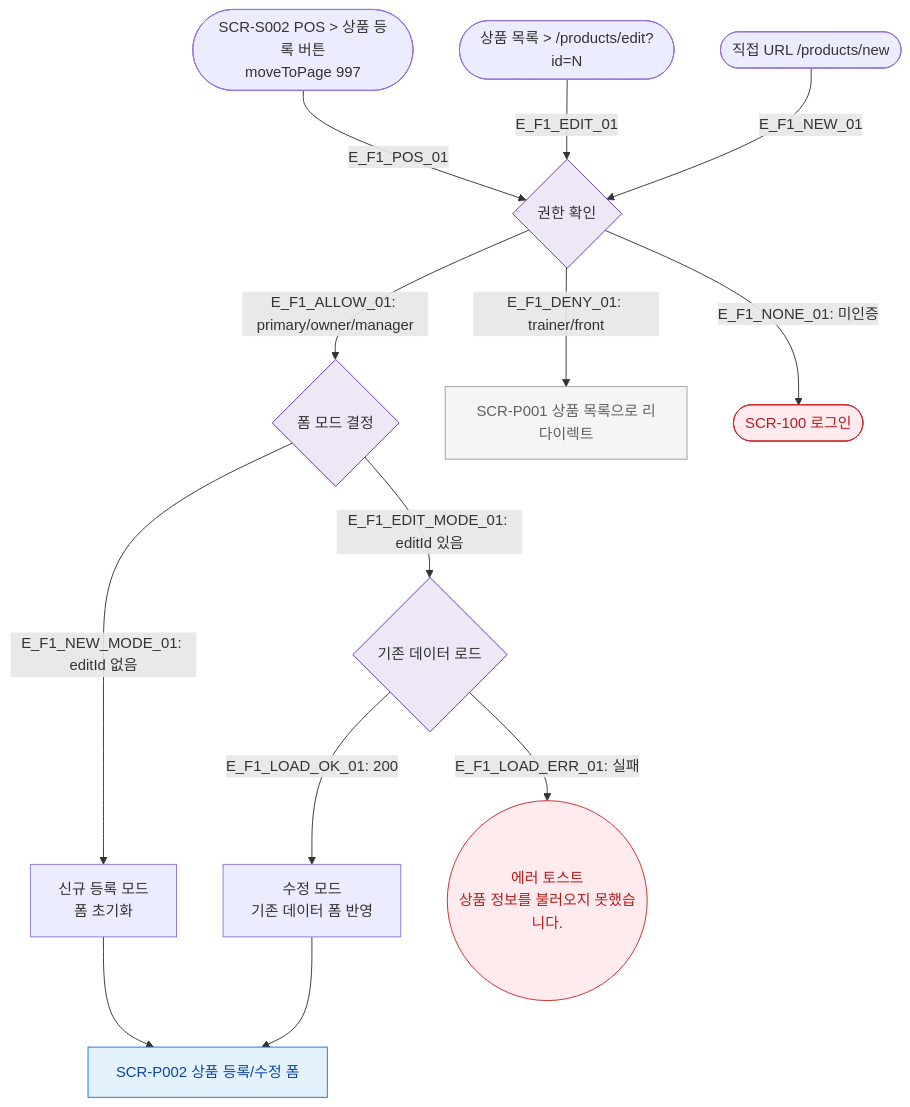
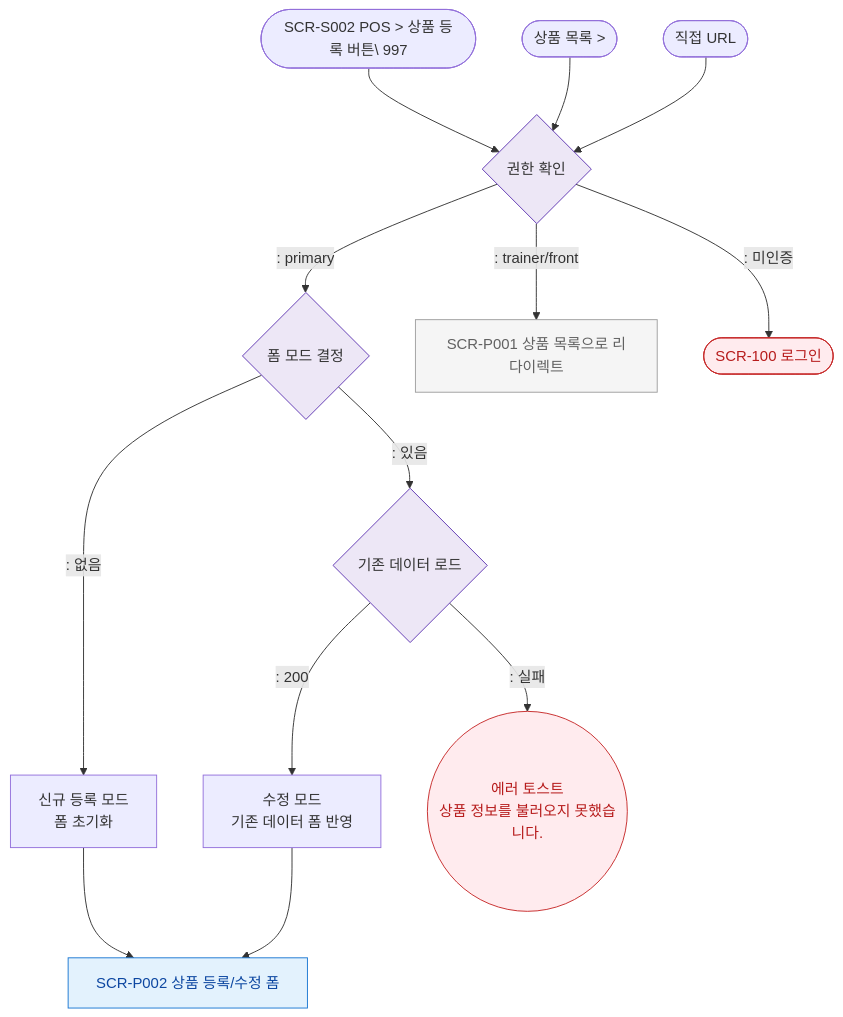
One commit to dev-spogym/admin-pando changed the diagram in docs/다이어그램/D05_상품관리/SCR-P002_상품등록수정_레거시/F1_진입.md. Above: the diagram before and after it, drawn with Mermaid. The commit also changed other lines of this file and 1660 other files, not shown here.

First line of the commit message:
다이어그램: 기획자/클라이언트 납품본으로 정리

````diff
--- a/docs/다이어그램/D05_상품관리/SCR-P002_상품등록수정_레거시/F1_진입.md
+++ b/docs/다이어그램/D05_상품관리/SCR-P002_상품등록수정_레거시/F1_진입.md
@@ -19,28 +17,28 @@
 ```mermaid
 flowchart TD
-    POS([SCR-S002 POS > 상품 등록 버튼\nmoveToPage 997]) -->|E_F1_POS_01| Auth{권한 확인}
-    EDIT([상품 목록 > /products/edit?id=N]) -->|E_F1_EDIT_01| Auth
-    NEW([직접 URL /products/new]) -->|E_F1_NEW_01| Auth
+    POS([SCR-S002 POS > 상품 등록 버튼\ 997]) --> Auth{권한 확인}
+    EDIT([상품 목록 >]) --> Auth
+    NEW([직접 URL]) --> Auth
 
-    Auth -->|"E_F1_ALLOW_01: primary/owner/manager"| LoadForm{폼 모드 결정}
-    Auth -->|"E_F1_DENY_01: trainer/front"| Redirect[SCR-P001 상품 목록으로 리다이렉트]
-    Auth -->|"E_F1_NONE_01: 미인증"| Login([SCR-100 로그인])
+    Auth -->|": primary"|LoadForm{폼 모드 결정}
+    Auth -->|": trainer/front"|Redirect[SCR-P001 상품 목록으로 리다이렉트]
+    Auth -->|": 미인증"|Login([SCR-100 로그인])
 
-    LoadForm -->|"E_F1_NEW_MODE_01: editId 없음"| NewMode[신규 등록 모드\n폼 초기화]
-    LoadForm -->|"E_F1_EDIT_MODE_01: editId 있음"| LoadData{기존 데이터 로드}
+    LoadForm -->|": 없음"|NewMode[신규 등록 모드\n폼 초기화]
+    LoadForm -->|": 있음"|LoadData{기존 데이터 로드}
 
-    LoadData -->|"E_F1_LOAD_OK_01: 200"| EditMode[수정 모드\n기존 데이터 폼 반영]
-    LoadData -->|"E_F1_LOAD_ERR_01: 실패"| ErrToast((에러 토스트\n상품 정보를 불러오지 못했습니다.))
+    LoadData -->|": 200"|EditMode[수정 모드\n기존 데이터 폼 반영]
+    LoadData -->|": 실패"|ErrToast((에러 토스트\n상품 정보를 불러오지 못했습니다.))
 
     NewMode --> SCR_P002[SCR-P002 상품 등록/수정 폼]
     EditMode --> SCR_P002
 
     classDef screen fill:#E3F2FD,stroke:#1976D2,color:#0D47A1
     classDef error fill:#FFEBEE,stroke:#C62828,color:#B71C1C
     classDef system fill:#EDE7F6,stroke:#5E35B2
     classDef rbacBlocked fill:#F5F5F5,stroke:#9E9E9E,color:#616161
     class SCR_P002 screen
     class ErrToast,Login error
     class Redirect rbacBlocked
     class Auth,LoadForm,LoadData system
 ```
````
